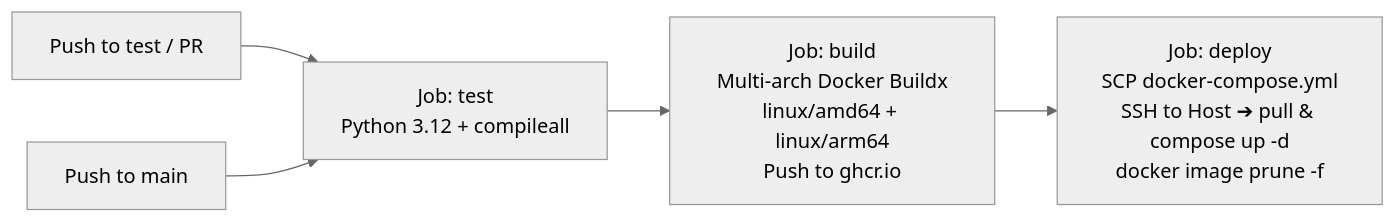
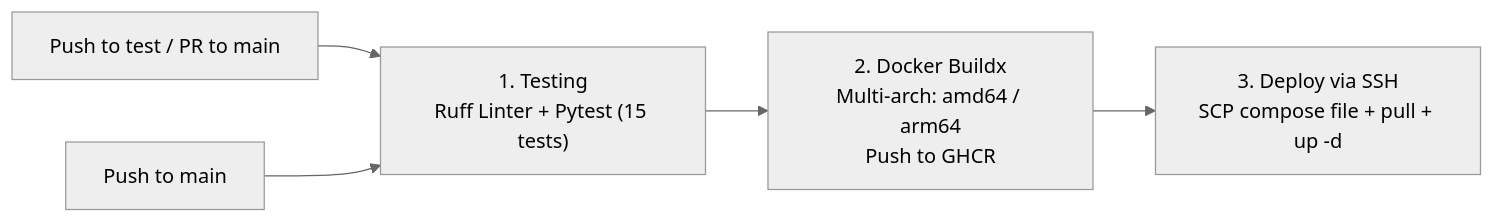
The second of 2 diagrams in README.md (welcomeforalone/shrt-tt-reels), drawn with Mermaid (neutral theme) before and after one commit. The commit also changed other lines of this file and 20 other files, not shown here.

Commit message:
refactor: improve security, add tests, ruff linter, and honest documentation

````diff
--- a/README.md
+++ b/README.md
@@ -222,7 +215,7 @@
 ```mermaid
 flowchart LR
-    PushTest["Push to test / PR"] --> TestJob["Job: test<br/>Python 3.12 + compileall"]
+    PushPR["Push to test / PR to main"] --> TestJob["1. Testing<br/>Ruff Linter + Pytest (15 tests)"]
     PushMain["Push to main"] --> TestJob
-    TestJob --> BuildJob["Job: build<br/>Multi-arch Docker Buildx<br/>linux/amd64 + linux/arm64<br/>Push to ghcr.io"]
-    BuildJob --> DeployJob["Job: deploy<br/>SCP docker-compose.yml<br/>SSH to Host ➔ pull & compose up -d<br/>docker image prune -f"]
+    TestJob --> BuildJob["2. Docker Buildx<br/>Multi-arch: amd64 / arm64<br/>Push to GHCR"]
+    BuildJob --> DeployJob["3. Deploy via SSH<br/>SCP compose file + pull + up -d"]
 ```
````
